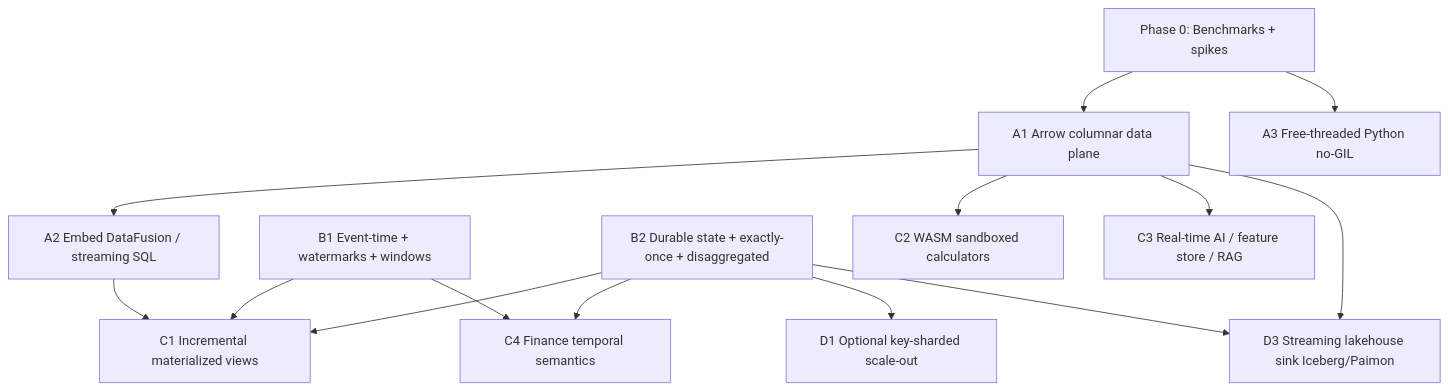
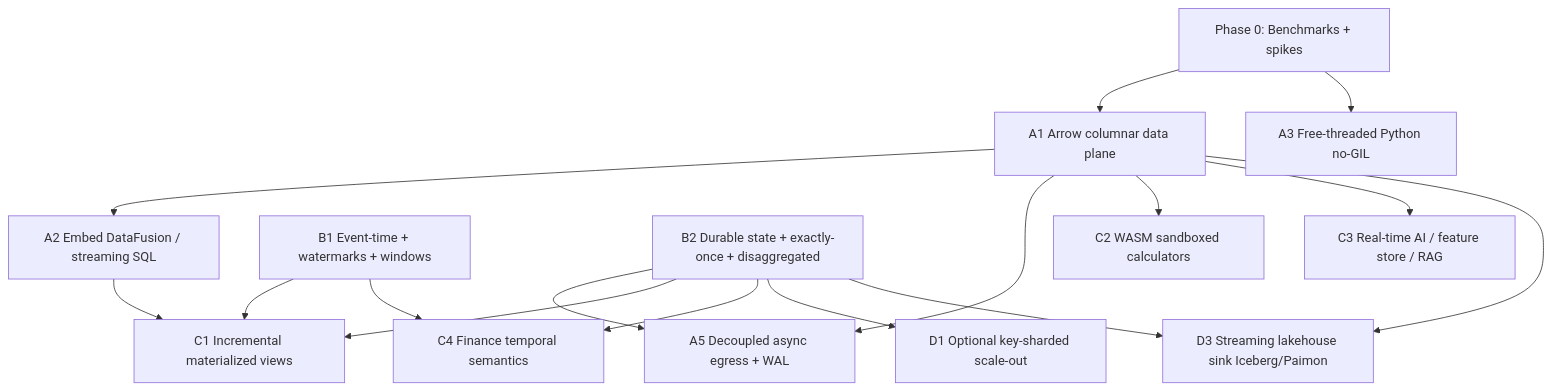
One commit to ajsinha/dishtayantra changed the diagram in docs/ROADMAP.md. Above: the diagram before and after it, drawn with Mermaid. The commit also changed other lines of this file and 139 other files, not shown here.

````diff
--- a/docs/ROADMAP.md
+++ b/docs/ROADMAP.md
@@ -61,29 +61,32 @@
 ```mermaid
 graph TD
     P0[Phase 0: Benchmarks + spikes]
     A1[A1 Arrow columnar data plane]
     A2[A2 Embed DataFusion / streaming SQL]
     A3[A3 Free-threaded Python no-GIL]
+    A5[A5 Decoupled async egress + WAL]
     B1[B1 Event-time + watermarks + windows]
     B2[B2 Durable state + exactly-once + disaggregated]
     C1[C1 Incremental materialized views]
     C2[C2 WASM sandboxed calculators]
     C3[C3 Real-time AI / feature store / RAG]
     C4[C4 Finance temporal semantics]
     D1[D1 Optional key-sharded scale-out]
     D3[D3 Streaming lakehouse sink Iceberg/Paimon]
 
     P0 --> A1
     P0 --> A3
     A1 --> A2
+    A1 --> A5
+    B2 --> A5
     A1 --> C2
     A1 --> C3
     A2 --> C1
     B1 --> C1
     B1 --> C4
     B2 --> C1
     B2 --> C4
     B2 --> D1
     B2 --> D3
     A1 --> D3
 ```
````
